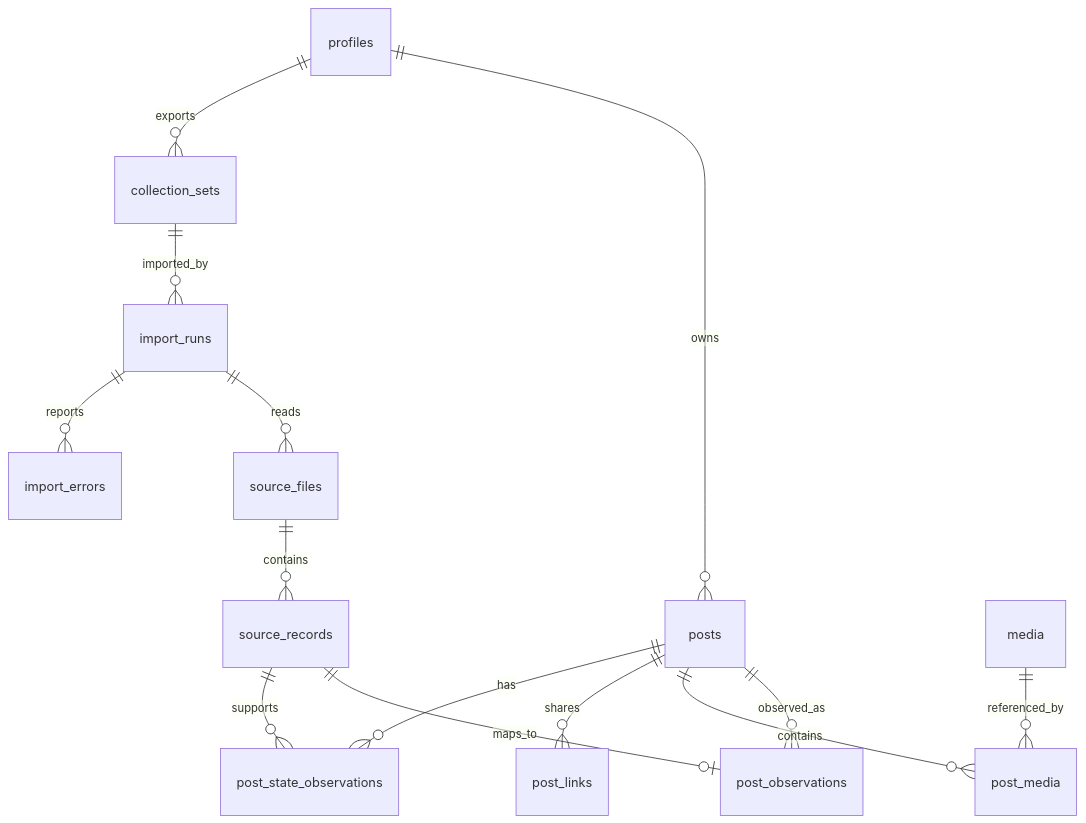
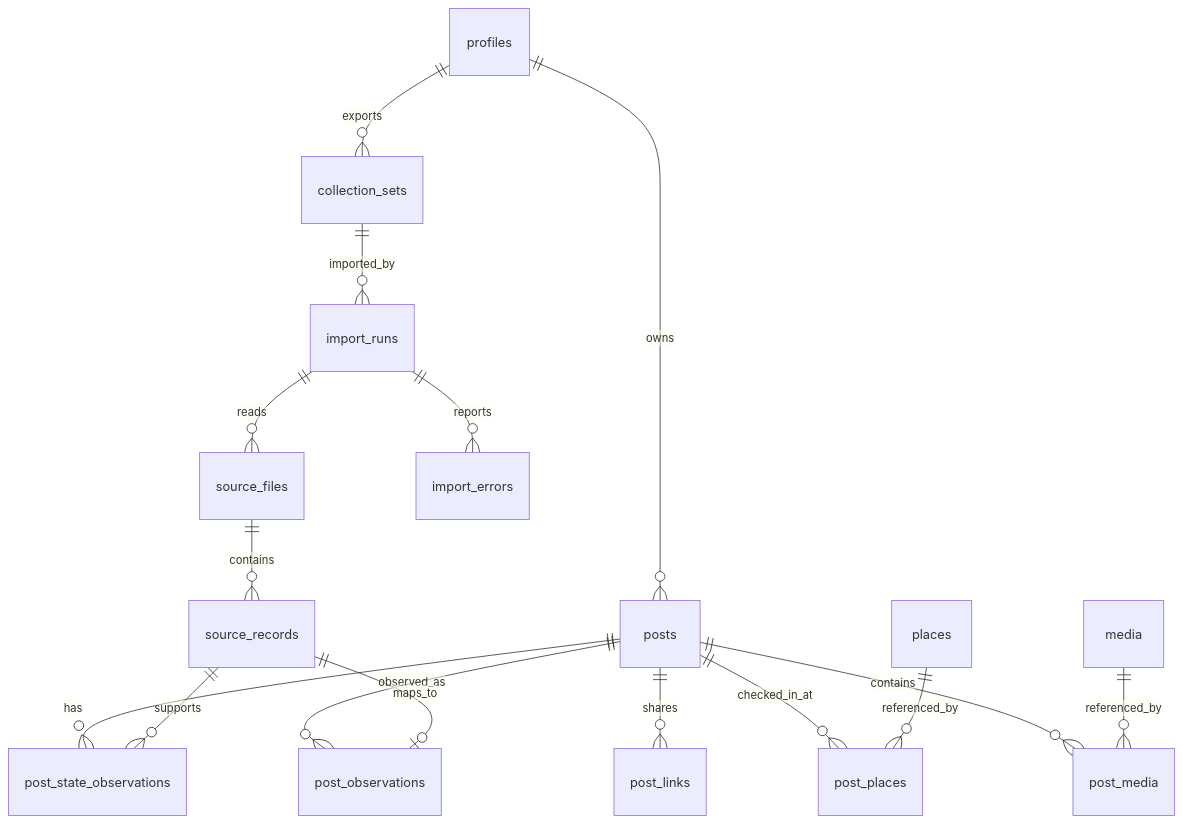
One commit to mickpletcher/facebook-cleaner changed the diagram in docs/sqlite-data-model.md. Above: the diagram before and after it, drawn with Mermaid. The commit also changed other lines of this file and 17 other files, not shown here.

````diff
--- a/docs/sqlite-data-model.md
+++ b/docs/sqlite-data-model.md
@@ -48,16 +48,18 @@
 ```mermaid
 erDiagram
     profiles ||--o{ posts : owns
     profiles ||--o{ collection_sets : exports
     collection_sets ||--o{ import_runs : imported_by
     import_runs ||--o{ source_files : reads
     source_files ||--o{ source_records : contains
     posts ||--o{ post_observations : observed_as
     source_records ||--o| post_observations : maps_to
     posts ||--o{ post_media : contains
     media ||--o{ post_media : referenced_by
     posts ||--o{ post_links : shares
+    posts ||--o{ post_places : checked_in_at
+    places ||--o{ post_places : referenced_by
     posts ||--o{ post_state_observations : has
     source_records ||--o{ post_state_observations : supports
     import_runs ||--o{ import_errors : reports
 ```
````
